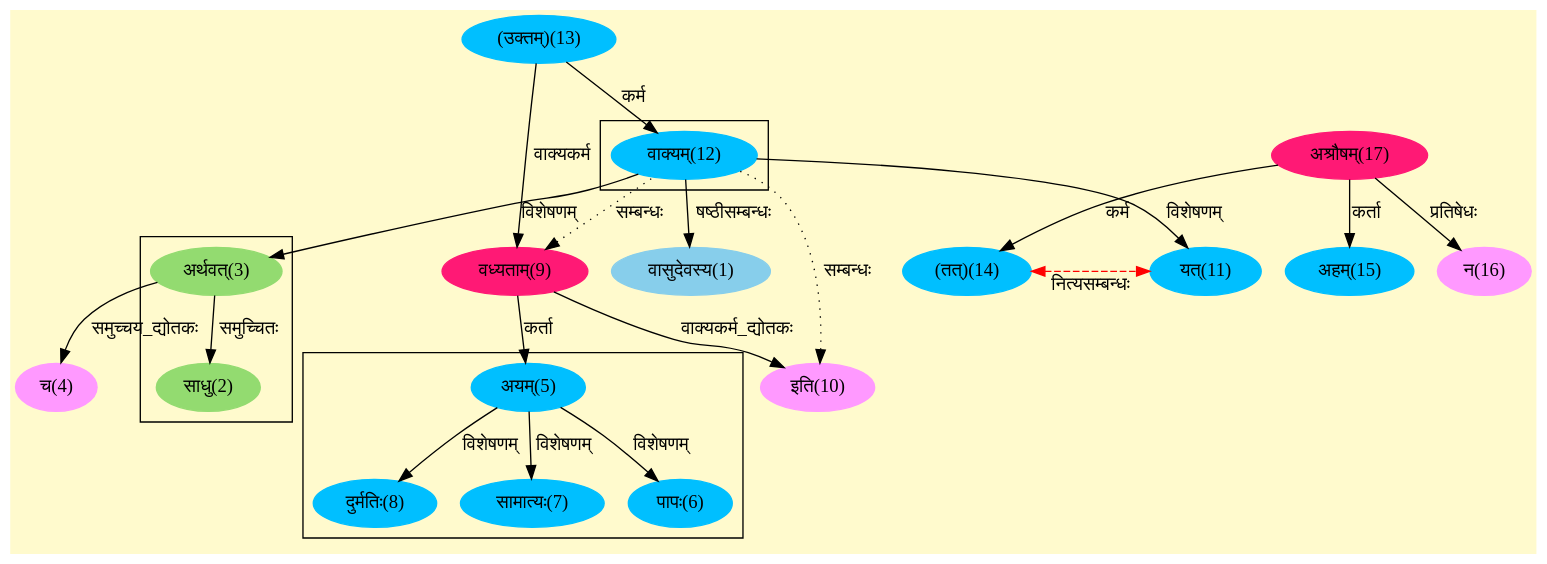
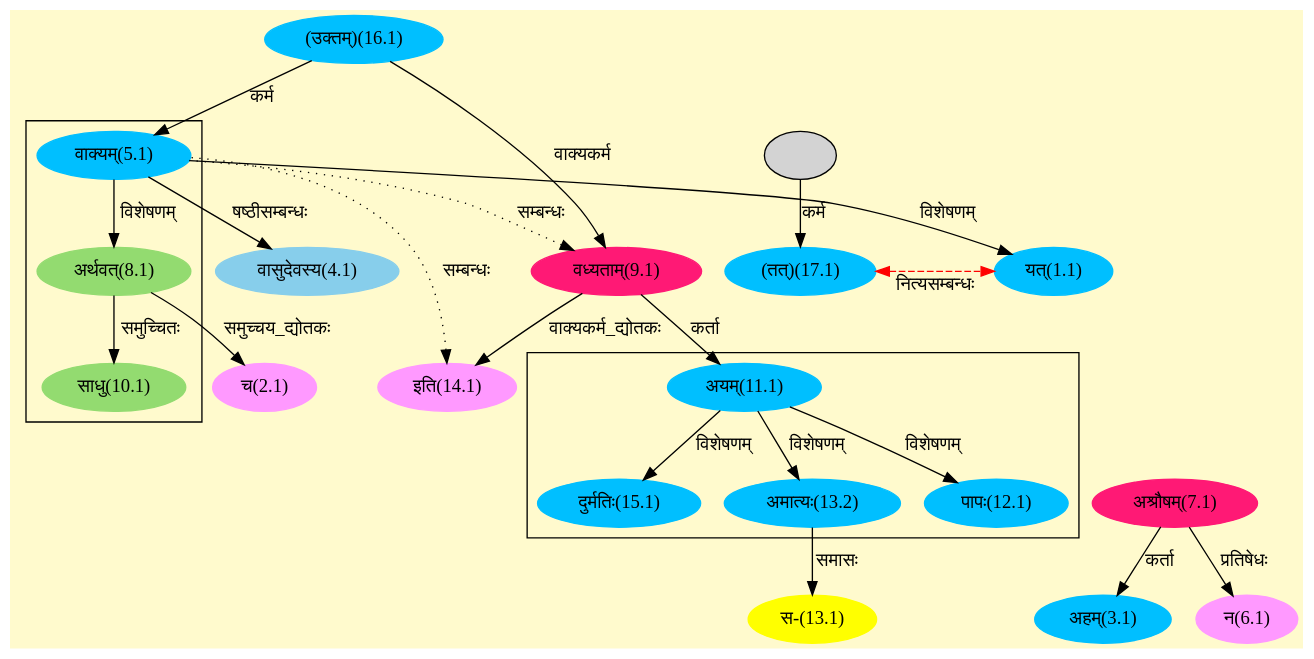
One commit to ska-mahe-blr/ska-ereader.github.io changed the diagram in assets/graphs/05_003_1.dot. Above: the diagram before and after it, drawn with Graphviz. The commit also changed 1152 other files, not shown here.

```diff
--- a/assets/graphs/05_003_1.dot
+++ b/assets/graphs/05_003_1.dot
@@ -1,60 +1,60 @@
 digraph G{
 rankdir=BT;
  compound=true;
  bgcolor="lemonchiffon1";
 
 subgraph cluster_1{
-Node2 [style=filled, color="#93DB70" label = "साधु(2)"]
-Node3 [style=filled, color="#93DB70" label = "अर्थवत्(3)"]
+Node1_1 [style=filled, color="#00BFFF" label = "यत्(1.1)"]
+Node5_1 [style=filled, color="#00BFFF" label = "वाक्यम्(5.1)"]
+Node8_1 [style=filled, color="#93DB70" label = "अर्थवत्(8.1)"]
+Node10_1 [style=filled, color="#93DB70" label = "साधु(10.1)"]
 
 }
 
 subgraph cluster_2{
-Node3 [style=filled, color="#93DB70" label = "अर्थवत्(3)"]
-Node12 [style=filled, color="#00BFFF" label = "वाक्यम्(12)"]
-Node11 [style=filled, color="#00BFFF" label = "यत्(11)"]
+Node12_1 [style=filled, color="#00BFFF" label = "पापः(12.1)"]
+Node11_1 [style=filled, color="#00BFFF" label = "अयम्(11.1)"]
+Node13_2 [style=filled, color="#00BFFF" label = "अमात्यः(13.2)"]
+Node15_1 [style=filled, color="#00BFFF" label = "दुर्मतिः(15.1)"]
 
 }
-
-subgraph cluster_3{
-Node6 [style=filled, color="#00BFFF" label = "पापः(6)"]
-Node5 [style=filled, color="#00BFFF" label = "अयम्(5)"]
-Node7 [style=filled, color="#00BFFF" label = "सामात्यः(7)"]
-Node8 [style=filled, color="#00BFFF" label = "दुर्मतिः(8)"]
-
-}
-Node1 [style=filled, color="#87CEEB" label = "वासुदेवस्य(1)"]
-Node12 [style=filled, color="#00BFFF" label = "वाक्यम्(12)"]
-Node4 [style=filled, color="#FF99FF" label = "च(4)"]
-Node3 [style=filled, color="#93DB70" label = "अर्थवत्(3)"]
-Node5 [style=filled, color="#00BFFF" label = "अयम्(5)"]
-Node9 [style=filled, color="#FF1975" label = "वध्यताम्(9)"]
-Node13 [style=filled, color="#00BFFF" label = "(उक्तम्)(13)"]
-Node10 [style=filled, color="#FF99FF" label = "इति(10)"]
-Node14 [style=filled, color="#00BFFF" label = "(तत्)(14)"]
-Node17 [style=filled, color="#FF1975" label = "अश्रौषम्(17)"]
-Node11 [style=filled, color="#00BFFF" label = "यत्(11)"]
-Node15 [style=filled, color="#00BFFF" label = "अहम्(15)"]
-Node16 [style=filled, color="#FF99FF" label = "न(16)"]
-{rank = same; Node14; Node11;}
+Node2_1 [style=filled, color="#FF99FF" label = "च(2.1)"]
+Node8_1 [style=filled, color="#93DB70" label = "अर्थवत्(8.1)"]
+Node3_1 [style=filled, color="#00BFFF" label = "अहम्(3.1)"]
+Node7_1 [style=filled, color="#FF1975" label = "अश्रौषम्(7.1)"]
+Node4_1 [style=filled, color="#87CEEB" label = "वासुदेवस्य(4.1)"]
+Node5_1 [style=filled, color="#00BFFF" label = "वाक्यम्(5.1)"]
+Node16_1 [style=filled, color="#00BFFF" label = "(उक्तम्)(16.1)"]
+Node6_1 [style=filled, color="#FF99FF" label = "न(6.1)"]
+Node [style=filled, color="" label = "()"]
+Node9_1 [style=filled, color="#FF1975" label = "वध्यताम्(9.1)"]
+Node11_1 [style=filled, color="#00BFFF" label = "अयम्(11.1)"]
+Node13_1 [style=filled, color="#FFFF00" label = "स-(13.1)"]
+Node13_2 [style=filled, color="#00BFFF" label = "अमात्यः(13.2)"]
+Node14_1 [style=filled, color="#FF99FF" label = "इति(14.1)"]
+Node17_1 [style=filled, color="#00BFFF" label = "(तत्)(17.1)"]
+Node17 [style=filled, color="" label = ""]
+Node1_1 [style=filled, color="#00BFFF" label = "यत्(1.1)"]
+{rank = same; Node17_1; Node1_1;}
 /* Start of Relations section */
 
-Node1 -> Node12 [  label="षष्ठीसम्बन्धः"  dir="back" ]
-Node2 -> Node3 [  label="समुच्चितः"  dir="back" ]
-Node3 -> Node12 [  label="विशेषणम्"  dir="back" ]
-Node4 -> Node3 [  label="समुच्चय_द्योतकः"  dir="back" ]
-Node5 -> Node9 [  label="कर्ता"  dir="back" ]
-Node6 -> Node5 [  label="विशेषणम्"  dir="back" ]
-Node7 -> Node5 [  label="विशेषणम्"  dir="back" ]
-Node8 -> Node5 [  label="विशेषणम्"  dir="back" ]
-Node9 -> Node13 [  label="वाक्यकर्म"  dir="back" ]
-Node9 -> Node12 [ style=dotted label="सम्बन्धः"  dir="back" ]
-Node10 -> Node9 [  label="वाक्यकर्म_द्योतकः"  dir="back" ]
-Node10 -> Node12 [ style=dotted label="सम्बन्धः"  dir="back" ]
-Node11 -> Node12 [  label="विशेषणम्"  dir="back" ]
-Node12 -> Node13 [  label="कर्म"  dir="back" ]
-Node14 -> Node17 [  label="कर्म"  dir="back" ]
-Node14 -> Node11 [ style=dashed color="red" label="नित्यसम्बन्धः"  dir="both" ]
-Node15 -> Node17 [  label="कर्ता"  dir="back" ]
-Node16 -> Node17 [  label="प्रतिषेधः"  dir="back" ]
+Node1_1 -> Node5_1 [  label="विशेषणम्"  dir="back" ]
+Node2_1 -> Node8_1 [  label="समुच्चय_द्योतकः"  dir="back" ]
+Node3_1 -> Node7_1 [  label="कर्ता"  dir="back" ]
+Node4_1 -> Node5_1 [  label="षष्ठीसम्बन्धः"  dir="back" ]
+Node5_1 -> Node16_1 [  label="कर्म"  dir="back" ]
+Node6_1 -> Node7_1 [  label="प्रतिषेधः"  dir="back" ]
+Node8_1 -> Node5_1 [  label="विशेषणम्"  dir="back" ]
+Node9_1 -> Node16_1 [  label="वाक्यकर्म"  dir="back" ]
+Node9_1 -> Node5_1 [ style=dotted label="सम्बन्धः"  dir="back" ]
+Node10_1 -> Node8_1 [  label="समुच्चितः"  dir="back" ]
+Node11_1 -> Node9_1 [  label="कर्ता"  dir="back" ]
+Node12_1 -> Node11_1 [  label="विशेषणम्"  dir="back" ]
+Node13_1 -> Node13_2 [  label="समासः"  dir="back" ]
+Node13_2 -> Node11_1 [  label="विशेषणम्"  dir="back" ]
+Node14_1 -> Node9_1 [  label="वाक्यकर्म_द्योतकः"  dir="back" ]
+Node14_1 -> Node5_1 [ style=dotted label="सम्बन्धः"  dir="back" ]
+Node15_1 -> Node11_1 [  label="विशेषणम्"  dir="back" ]
+Node17_1 -> Node17 [  label="कर्म"  dir="back" ]
+Node17_1 -> Node1_1 [ style=dashed color="red" label="नित्यसम्बन्धः"  dir="both" ]
 }
```
